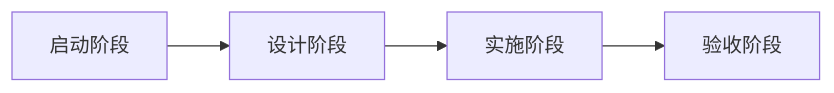
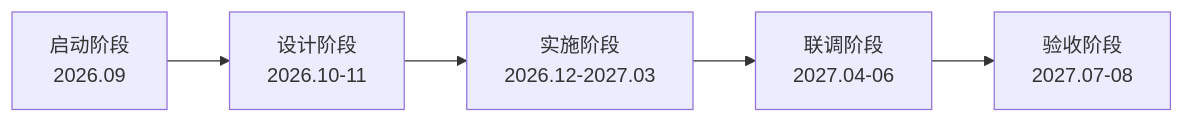
Before and after one commit to rkrv01/deepseek-harness-studio: the first of 3 diagrams in demo/场景1-一句话启动一个项目-演示脚本.md, drawn with Mermaid. The commit also changed other lines of this file and 5 other files, not shown here.

Commit message:
feat: add Mermaid rendering, enhanced SKILL output format, remove disable-model-invocation

````diff
--- a/demo/场景1-一句话启动一个项目-演示脚本.md
+++ b/demo/场景1-一句话启动一个项目-演示脚本.md
@@ -66,6 +62,7 @@
 ```mermaid
 graph LR
-    A[启动阶段] --> B[设计阶段]
-    B --> C[实施阶段]
-    C --> D[验收阶段]
+    A[启动阶段<br/>2026.09] --> B[设计阶段<br/>2026.10-11]
+    B --> C[实施阶段<br/>2026.12-2027.03]
+    C --> D[联调阶段<br/>2027.04-06]
+    D --> E[验收阶段<br/>2027.07-08]
 ```
````
